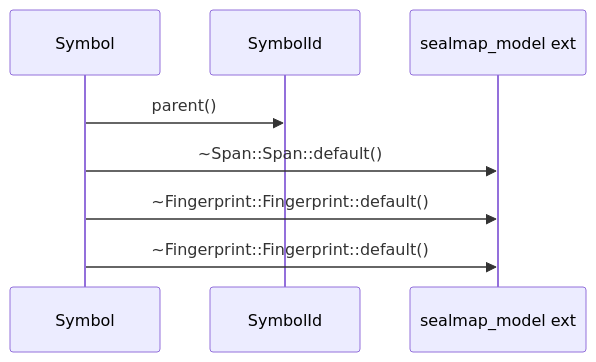
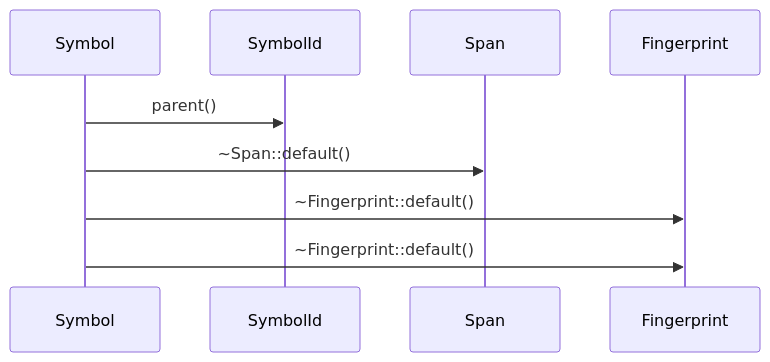
One commit to DreamLab-AI/codemaid changed the third of 3 diagrams in docs/sealmap/crates/sealmap-model/src/symbol.rs.md. Above: the diagram before and after it, drawn with Mermaid. The commit also changed other lines of this file and 29 other files, not shown here.

````diff
--- a/docs/sealmap/crates/sealmap-model/src/symbol.rs.md
+++ b/docs/sealmap/crates/sealmap-model/src/symbol.rs.md
@@ -169,10 +169,11 @@
 ```mermaid
 sequenceDiagram
   participant sealmap_model__symbol___tSymbol as Symbol
   participant sealmap_model__sym___tSymbolId as SymbolId
-  participant _sealmap_model as sealmap_model ext
+  participant sealmap_model__symbol___tSpan as Span
+  participant sealmap_model__hash___tFingerprint as Fingerprint
   sealmap_model__symbol___tSymbol->>sealmap_model__sym___tSymbolId: parent()
-  sealmap_model__symbol___tSymbol->>_sealmap_model: ~Span::Span::default()
-  sealmap_model__symbol___tSymbol->>_sealmap_model: ~Fingerprint::Fingerprint::default()
-  sealmap_model__symbol___tSymbol->>_sealmap_model: ~Fingerprint::Fingerprint::default()
+  sealmap_model__symbol___tSymbol->>sealmap_model__symbol___tSpan: ~Span::default()
+  sealmap_model__symbol___tSymbol->>sealmap_model__hash___tFingerprint: ~Fingerprint::default()
+  sealmap_model__symbol___tSymbol->>sealmap_model__hash___tFingerprint: ~Fingerprint::default()
 ```
````
